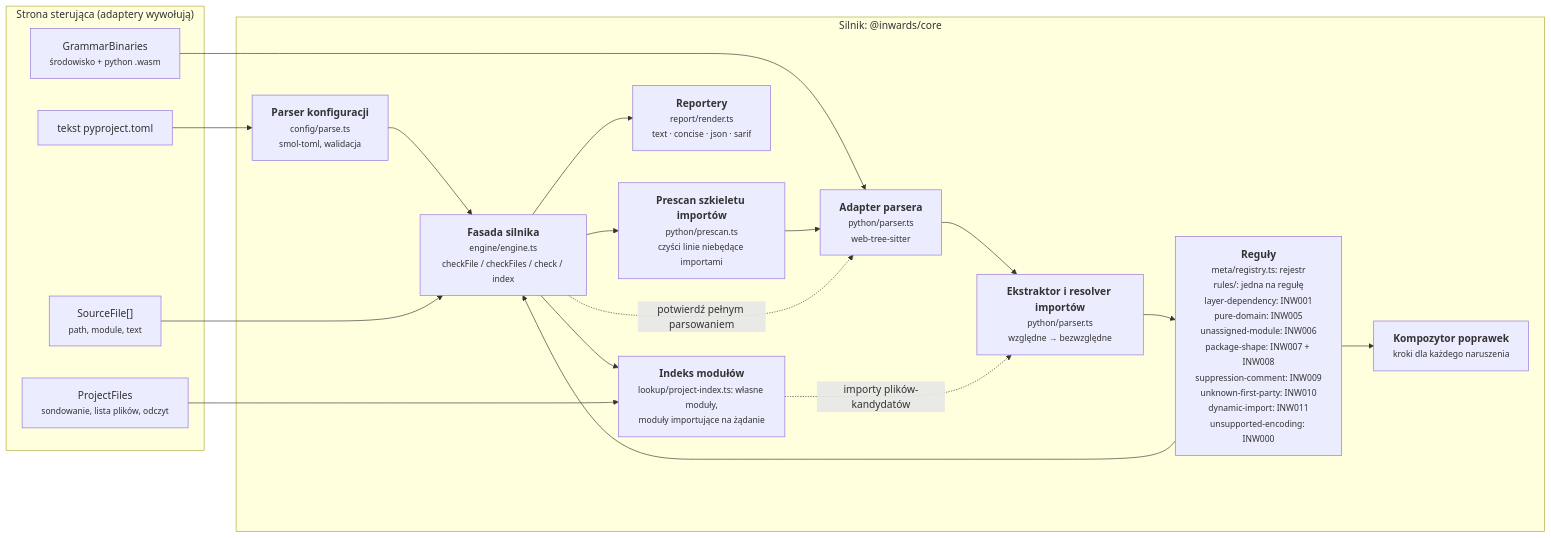
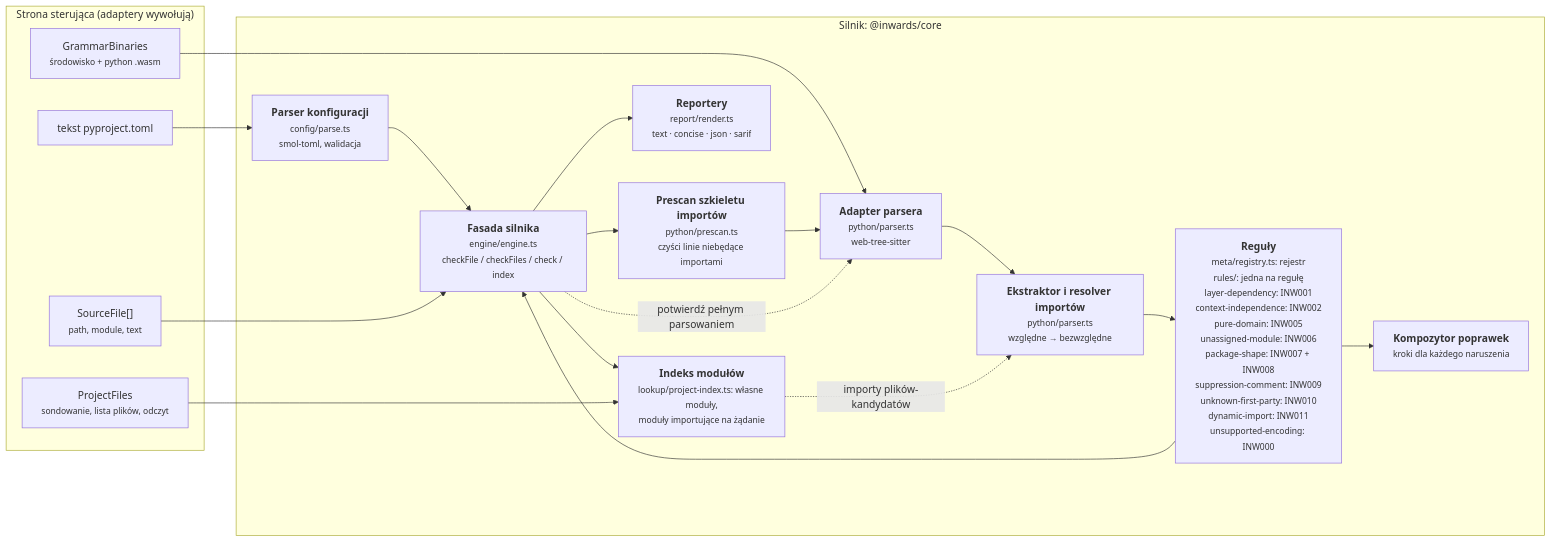
The third of 6 diagrams in docs/pl/03-Architecture-C4.md (SirCypkowskyy/inwards), drawn with Mermaid before and after one commit. The commit also changed other lines of this file and 22 other files, not shown here.

First line of the commit message:
feat(rules): INW002 keeps each bounded context to the contexts it depends on

````diff
--- a/docs/pl/03-Architecture-C4.md
+++ b/docs/pl/03-Architecture-C4.md
@@ -104,33 +104,33 @@
 ```mermaid
 flowchart LR
     subgraph driving["Strona sterująca (adaptery wywołują)"]
         files["SourceFile[]<br/><small>path, module, text</small>"]
         cfgtext["tekst pyproject.toml"]
         wasm["GrammarBinaries<br/><small>środowisko + python .wasm</small>"]
         pfiles["ProjectFiles<br/><small>sondowanie, lista plików, odczyt</small>"]
     end
 
     subgraph enginebox["Silnik: @inwards/core"]
         config["<b>Parser konfiguracji</b><br/><small>config/parse.ts<br/>smol-toml, walidacja</small>"]
         pre["<b>Prescan szkieletu importów</b><br/><small>python/prescan.ts<br/>czyści linie niebędące importami</small>"]
         parser["<b>Adapter parsera</b><br/><small>python/parser.ts<br/>web-tree-sitter</small>"]
         extract["<b>Ekstraktor i resolver importów</b><br/><small>python/parser.ts<br/>względne → bezwzględne</small>"]
-        rules["<b>Reguły</b><br/><small>meta/registry.ts: rejestr<br/>rules/: jedna na regułę<br/>layer-dependency: INW001<br/>pure-domain: INW005<br/>unassigned-module: INW006<br/>package-shape: INW007 + INW008<br/>suppression-comment: INW009<br/>unknown-first-party: INW010<br/>dynamic-import: INW011<br/>unsupported-encoding: INW000</small>"]
+        rules["<b>Reguły</b><br/><small>meta/registry.ts: rejestr<br/>rules/: jedna na regułę<br/>layer-dependency: INW001<br/>context-independence: INW002<br/>pure-domain: INW005<br/>unassigned-module: INW006<br/>package-shape: INW007 + INW008<br/>suppression-comment: INW009<br/>unknown-first-party: INW010<br/>dynamic-import: INW011<br/>unsupported-encoding: INW000</small>"]
         fix["<b>Kompozytor poprawek</b><br/><small>kroki dla każdego naruszenia</small>"]
         report["<b>Reportery</b><br/><small>report/render.ts<br/>text · concise · json · sarif</small>"]
         engine["<b>Fasada silnika</b><br/><small>engine/engine.ts<br/>checkFile / checkFiles / check / index</small>"]
         modgraph["<b>Indeks modułów</b><br/><small>lookup/project-index.ts: własne moduły,<br/>moduły importujące na żądanie</small>"]
     end
 
     cfgtext --> config --> engine
     wasm --> parser
     files --> engine
     engine --> pre --> parser --> extract --> rules
     rules --> fix
     rules --> engine
     engine -. "potwierdź pełnym parsowaniem" .-> parser
     engine --> modgraph
     pfiles --> modgraph
     modgraph -. "importy plików-kandydatów" .-> extract
     engine --> report
 ```
````
